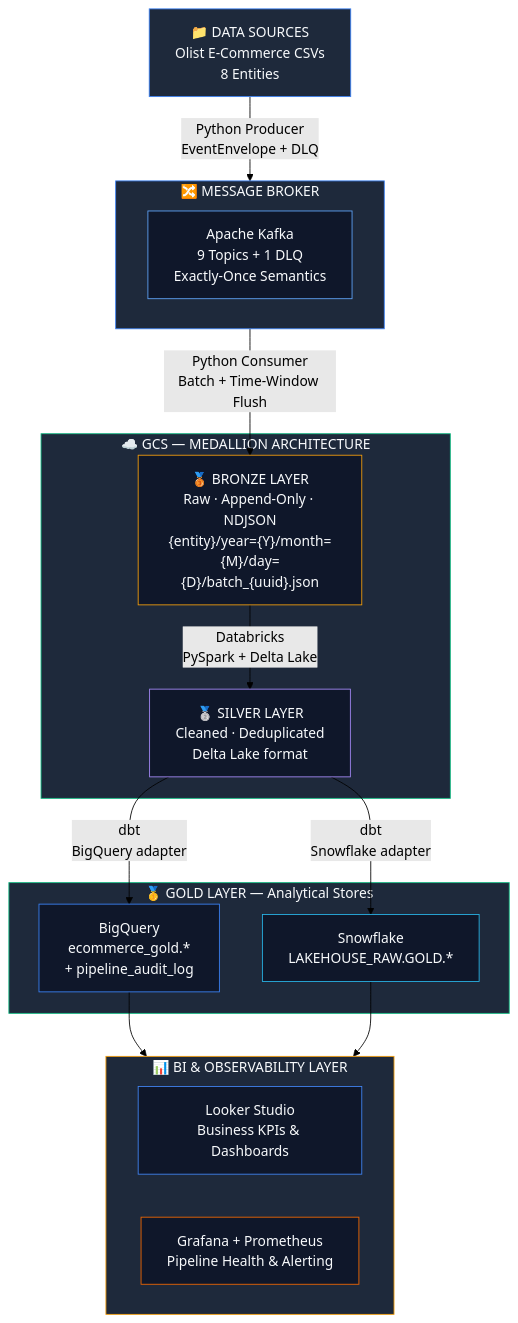
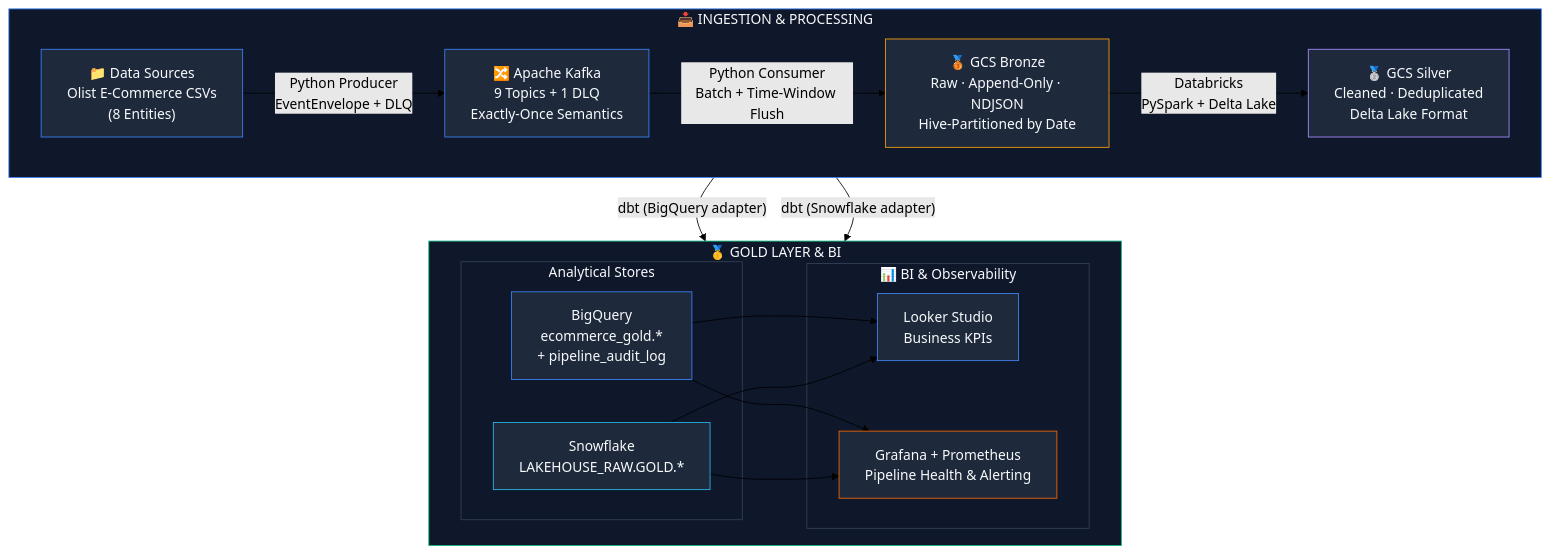
The first of 2 diagrams in README.md (MRendiks/lakehouse-paradigm-comparison), drawn with Mermaid (forest theme) before and after one commit. The commit also changed 1 other file, not shown here.

Commit message:
:art: Update architecture diagram for improved clarity and detail

````diff
--- a/README.md
+++ b/README.md
@@ -94,47 +94,42 @@
 ```mermaid
 flowchart TD
-    DS["📁 DATA SOURCES\nOlist E-Commerce CSVs\n8 Entities"]
-
-    DS -->|"Python Producer\nEventEnvelope + DLQ"| K
-
-    subgraph K["🔀 MESSAGE BROKER"]
-        K1["Apache Kafka\n9 Topics + 1 DLQ\nExactly-Once Semantics"]
+    subgraph INGESTION["📥 INGESTION & PROCESSING"]
+        direction LR
+        DS["📁 Data Sources\nOlist E-Commerce CSVs\n(8 Entities)"] -->|"Python Producer\nEventEnvelope + DLQ"| K
+        K["🔀 Apache Kafka\n9 Topics + 1 DLQ\nExactly-Once Semantics"] -->|"Python Consumer\nBatch + Time-Window Flush"| BRZ
+        BRZ["🥉 GCS Bronze\nRaw · Append-Only · NDJSON\nHive-Partitioned by Date"] -->|"Databricks\nPySpark + Delta Lake"| SLV
+        SLV["🥈 GCS Silver\nCleaned · Deduplicated\nDelta Lake Format"]
     end
 
-    K -->|"Python Consumer\nBatch + Time-Window Flush"| BRZ
+    SLV -->|"dbt (BigQuery adapter)"| BQ
+    SLV -->|"dbt (Snowflake adapter)"| SF
 
-    subgraph GCS["☁️ GCS — MEDALLION ARCHITECTURE"]
-        BRZ["🥉 BRONZE LAYER\nRaw · Append-Only · NDJSON\n{entity}/year={Y}/month={M}/day={D}/batch_{uuid}.json"]
-        SLV["🥈 SILVER LAYER\nCleaned · Deduplicated\nDelta Lake format"]
-        BRZ -->|"Databricks\nPySpark + Delta Lake"| SLV
+    subgraph GOLD["🥇 GOLD LAYER & BI"]
+        direction LR
+        subgraph ANALYTICAL["Analytical Stores"]
+            BQ["BigQuery\necommerce_gold.*\n+ pipeline_audit_log"]
+            SF["Snowflake\nLAKEHOUSE_RAW.GOLD.*"]
+        end
+        subgraph BI["📊 BI & Observability"]
+            LS["Looker Studio\nBusiness KPIs"]
+            GF["Grafana + Prometheus\nPipeline Health & Alerting"]
+        end
+        BQ --> LS
+        BQ --> GF
+        SF --> LS
+        SF --> GF
     end
 
-    SLV -->|"dbt\nBigQuery adapter"| BQ
-    SLV -->|"dbt\nSnowflake adapter"| SF
-
-    subgraph GOLD["🥇 GOLD LAYER — Analytical Stores"]
-        BQ["BigQuery\necommerce_gold.*\n+ pipeline_audit_log"]
-        SF["Snowflake\nLAKEHOUSE_RAW.GOLD.*"]
-    end
-
-    BQ --> BI
-    SF --> BI
-
-    subgraph BI["📊 BI & OBSERVABILITY LAYER"]
-        LS["Looker Studio\nBusiness KPIs & Dashboards"]
-        GF["Grafana + Prometheus\nPipeline Health & Alerting"]
-    end
-
+    style INGESTION fill:#0f172a,stroke:#3b82f6,color:#f8fafc
+    style GOLD fill:#0f172a,stroke:#10b981,color:#f8fafc
+    style ANALYTICAL fill:transparent,stroke:#334155,color:#f8fafc
+    style BI fill:transparent,stroke:#334155,color:#f8fafc
     style DS fill:#1e293b,stroke:#3b82f6,color:#f8fafc
     style K fill:#1e293b,stroke:#3b82f6,color:#f8fafc
-    style K1 fill:#0f172a,stroke:#60a5fa,color:#f8fafc
-    style GCS fill:#1e293b,stroke:#10b981,color:#f8fafc
-    style BRZ fill:#0f172a,stroke:#f59e0b,color:#f8fafc
-    style SLV fill:#0f172a,stroke:#a78bfa,color:#f8fafc
-    style GOLD fill:#1e293b,stroke:#10b981,color:#f8fafc
-    style BQ fill:#0f172a,stroke:#3b82f6,color:#f8fafc
-    style SF fill:#0f172a,stroke:#29b5e8,color:#f8fafc
-    style BI fill:#1e293b,stroke:#f59e0b,color:#f8fafc
-    style LS fill:#0f172a,stroke:#4285f4,color:#f8fafc
-    style GF fill:#0f172a,stroke:#f46800,color:#f8fafc
+    style BRZ fill:#1e293b,stroke:#f59e0b,color:#f8fafc
+    style SLV fill:#1e293b,stroke:#a78bfa,color:#f8fafc
+    style BQ fill:#1e293b,stroke:#3b82f6,color:#f8fafc
+    style SF fill:#1e293b,stroke:#29b5e8,color:#f8fafc
+    style LS fill:#1e293b,stroke:#4285f4,color:#f8fafc
+    style GF fill:#1e293b,stroke:#f46800,color:#f8fafc
 ```
````
